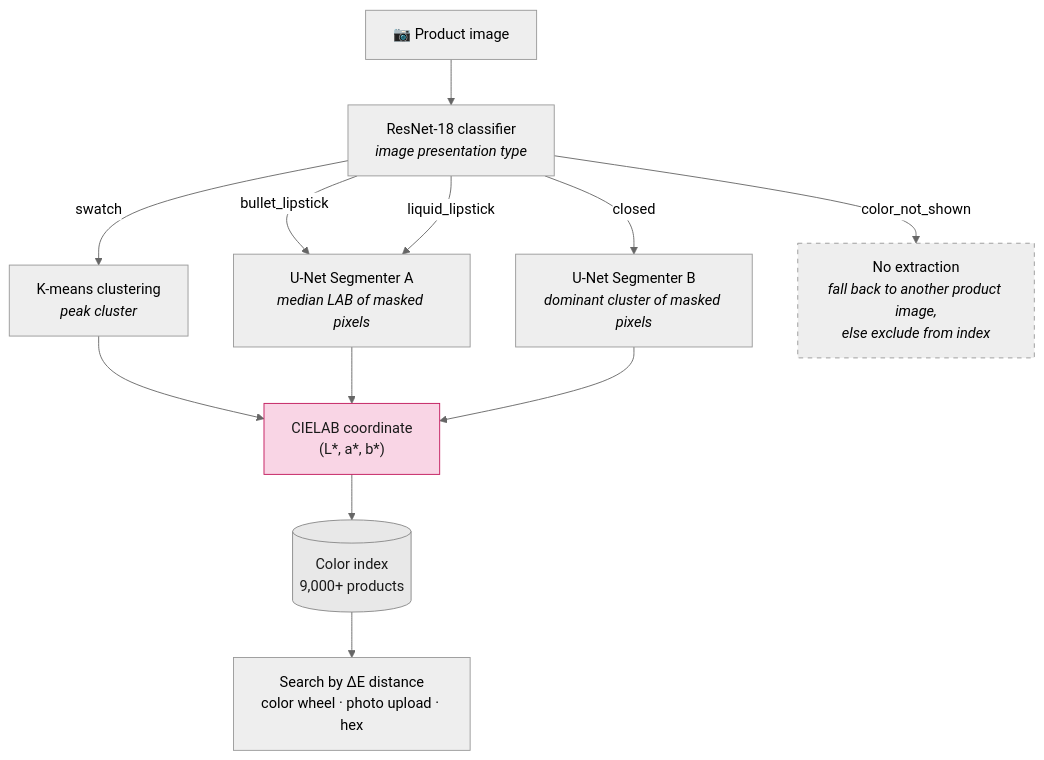
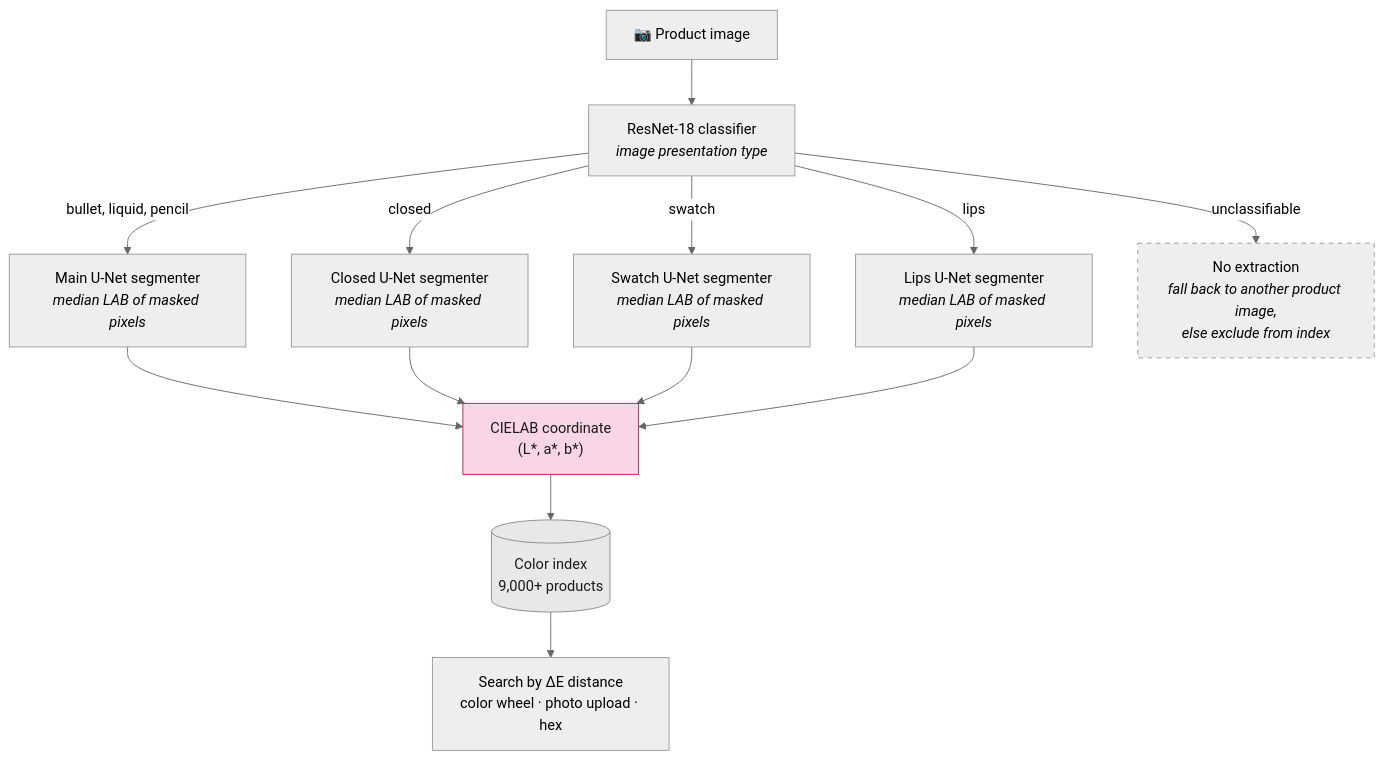
Before and after one commit to ConstanzaSchibber/lipstick_color_extraction: the diagram in README.md, drawn with Mermaid (neutral theme). The commit also changed other lines of this file and 1 other file, not shown here.

````diff
--- a/README.md
+++ b/README.md
@@ -290,18 +309,19 @@
 ```mermaid
 flowchart TD
     A["📷 Product image"] --> B["ResNet-18 classifier<br/><i>image presentation type</i>"]
-    B -->|swatch| C["K-means clustering<br/><i>peak cluster</i>"]
-    B -->|bullet_lipstick| D["U-Net Segmenter A<br/><i>median LAB of masked pixels</i>"]
-    B -->|liquid_lipstick| D
-    B -->|closed| E["U-Net Segmenter B<br/><i>dominant cluster of masked pixels</i>"]
-    B -->|color_not_shown| F["No extraction<br/><i>fall back to another product image,<br/>else exclude from index</i>"]
-    C --> G["CIELAB coordinate<br/>(L*, a*, b*)"]
-    D --> G
-    E --> G
-    G --> H[("Color index<br/>9,000+ products")]
-    H --> I["Search by ΔE distance<br/>color wheel · photo upload · hex"]
+    B -->|bullet, liquid, pencil| C["Main U-Net segmenter<br/><i>median LAB of masked pixels</i>"]
+    B -->|closed| D["Closed U-Net segmenter<br/><i>median LAB of masked pixels</i>"]
+    B -->|swatch| E["Swatch U-Net segmenter<br/><i>median LAB of masked pixels</i>"]
+    B -->|lips| F["Lips U-Net segmenter<br/><i>median LAB of masked pixels</i>"]
+    B -->|unclassifiable| G["No extraction<br/><i>fall back to another product image,<br/>else exclude from index</i>"]
+    C --> H["CIELAB coordinate<br/>(L*, a*, b*)"]
+    D --> H
+    E --> H
+    F --> H
+    H --> I[("Color index<br/>9,000+ products")]
+    I --> J["Search by ΔE distance<br/>color wheel · photo upload · hex"]
 
-    style F stroke-dasharray: 5 5
-    style G fill:#f9d5e5,color:#1a1a1a,stroke:#c2185b
-    style H fill:#e8e8e8,color:#1a1a1a,stroke:#888
+    style G stroke-dasharray: 5 5
+    style H fill:#f9d5e5,color:#1a1a1a,stroke:#c2185b
+    style I fill:#e8e8e8,color:#1a1a1a,stroke:#888
 ```
````
